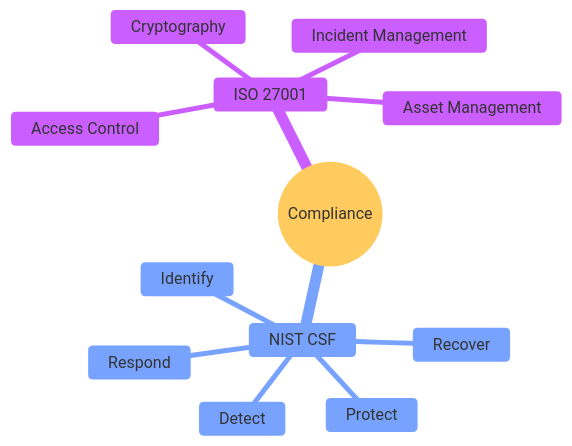
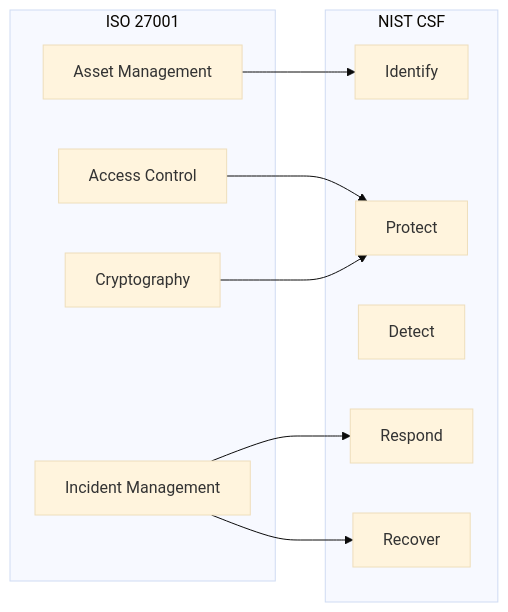
One commit to Speed-boo3/grc-project changed the third of 6 diagrams in README.md. Above: the diagram before and after it, drawn with Mermaid (base theme). The commit also changed other lines of this file, not shown here.

Commit message:
Replace unreadable mindmaps with tables and flowcharts

````diff
--- a/README.md
+++ b/README.md
@@ -104,15 +112,21 @@
 ```mermaid
-mindmap
-  root((Compliance))
-    ISO 27001
-      Access Control
-      Asset Management
-      Incident Management
-      Cryptography
-    NIST CSF
-      Identify
-      Protect
-      Detect
-      Respond
-      Recover
+flowchart LR
+    subgraph ISO 27001
+        A[Access Control]
+        B[Asset Management]
+        C[Incident Management]
+        D[Cryptography]
+    end
+    subgraph NIST CSF
+        E[Identify]
+        F[Protect]
+        G[Detect]
+        H[Respond]
+        I[Recover]
+    end
+    A --> F
+    B --> E
+    C --> H
+    C --> I
+    D --> F
 ```
````
